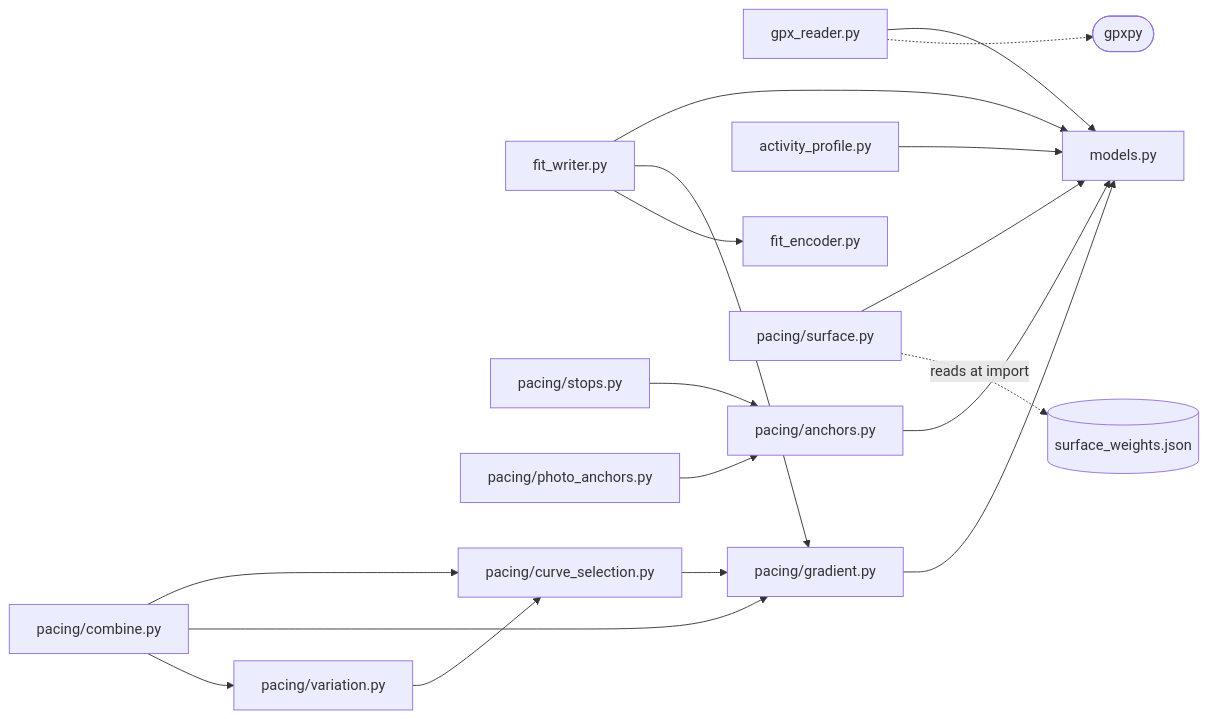
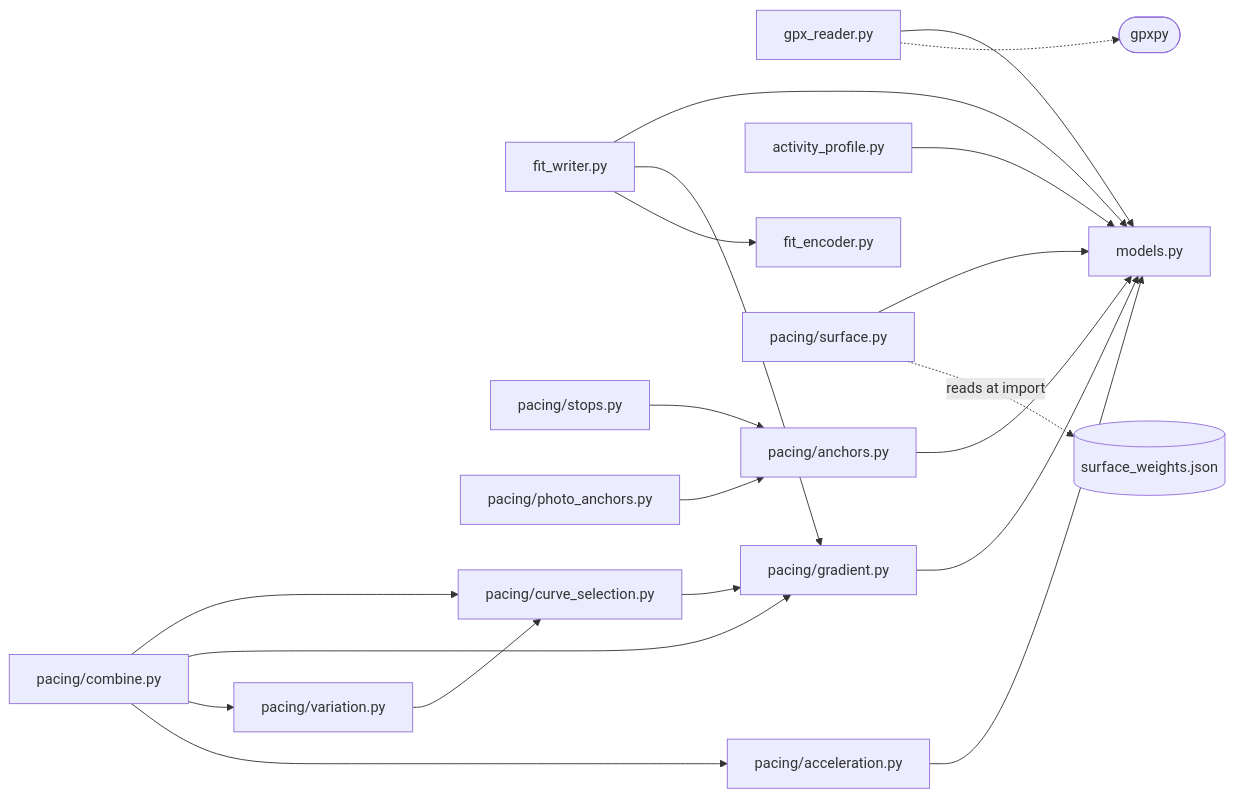
One commit to martin-iflap/GPX_to_FIT changed the third of 16 diagrams in docs/ARCHITECTURE.md. Above: the diagram before and after it, drawn with Mermaid. The commit also changed other lines of this file and 16 other files, not shown here.

````diff
--- a/docs/ARCHITECTURE.md
+++ b/docs/ARCHITECTURE.md
@@ -241,21 +242,23 @@
 ```mermaid
 flowchart LR
   models["models.py"]
   gpx["gpx_reader.py"] --> models
   fitw["fit_writer.py"] --> models
   fitw --> gradient
   prof["activity_profile.py"] --> models
   anchors["pacing/anchors.py"] --> models
   stops["pacing/stops.py"] --> anchors
   photo["pacing/photo_anchors.py"] --> anchors
   gradient["pacing/gradient.py"] --> models
   cs["pacing/curve_selection.py"] --> gradient
   surface["pacing/surface.py"] --> models
   surface -. "reads at import" .-> sw[("surface_weights.json")]
   variation["pacing/variation.py"] --> cs
   combine["pacing/combine.py"] --> cs
   combine --> gradient
   combine --> variation
+  accel["pacing/acceleration.py"] --> models
+  combine --> accel
   gpx -.-> gpxpy(["gpxpy"])
   fitw --> enc["fit_encoder.py"]
 ```
````
